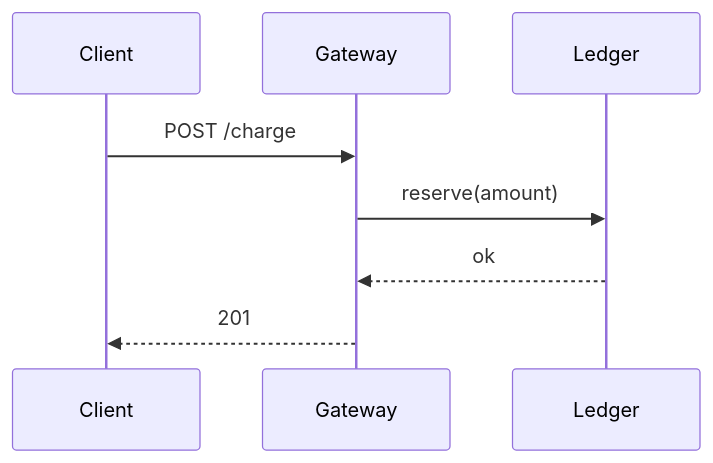
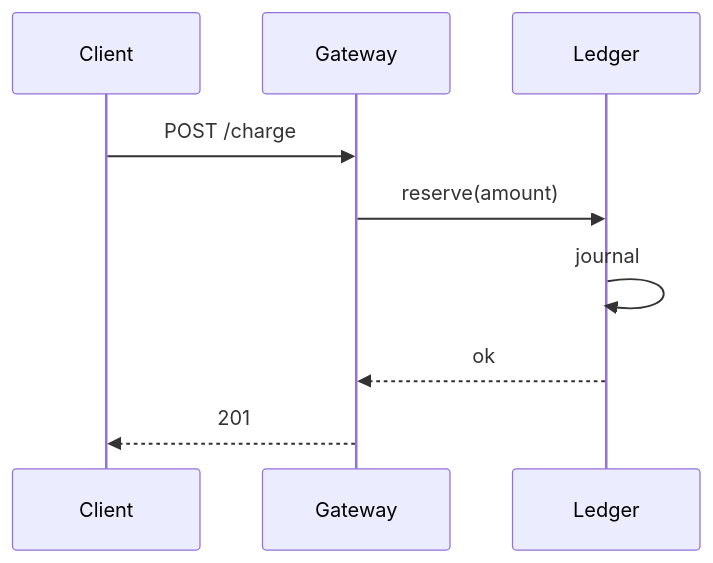
Before and after one commit to gavinomelia/slice: the diagram in docs/throwaway-markdown-render-test.md, drawn with Mermaid. The commit also changed other lines of this file, not shown here.

````diff
--- a/docs/throwaway-markdown-render-test.md
+++ b/docs/throwaway-markdown-render-test.md
@@ -62,10 +63,11 @@
 ```mermaid
 sequenceDiagram
     participant C as Client
     participant G as Gateway
     participant L as Ledger
     C->>G: POST /charge
     G->>L: reserve(amount)
+    L->>L: journal
     L-->>G: ok
     G-->>C: 201
 ```
````
